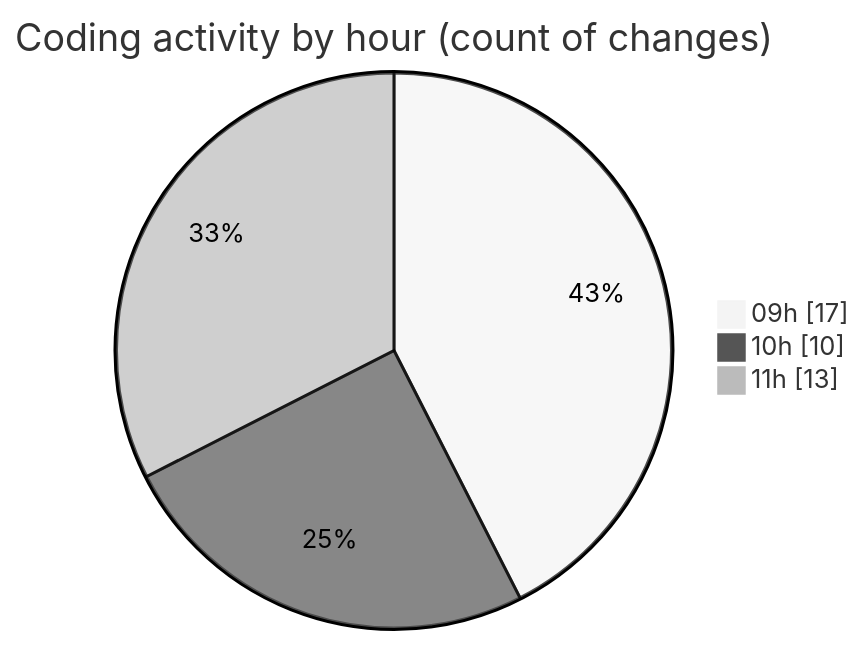
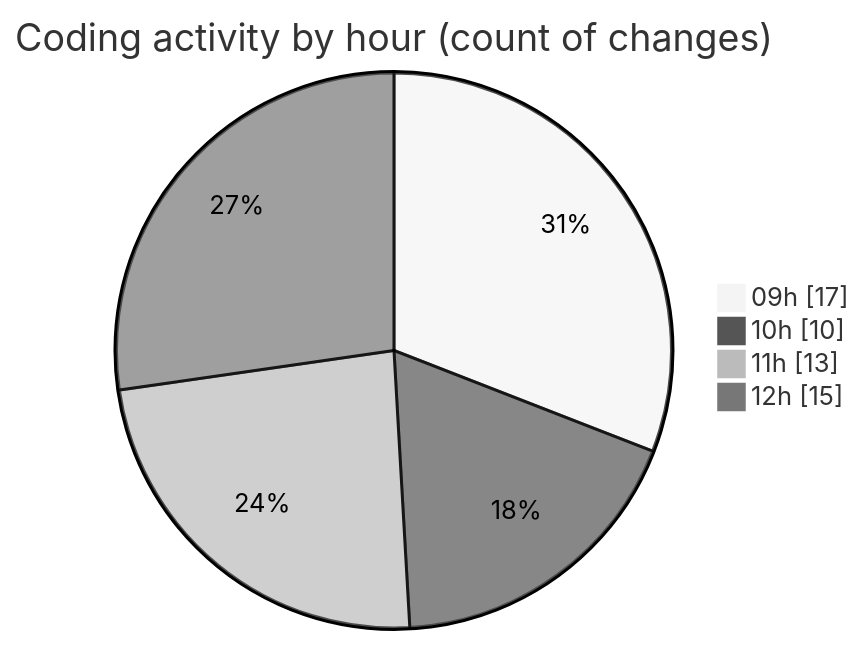
Before and after one commit to momahboobian/code-tracking: the second of 2 diagrams in 2026-06-04/cda/README.md, drawn with Mermaid (neutral theme). The commit also changed other lines of this file and 1 other file, not shown here.

````diff
--- a/2026-06-04/cda/README.md
+++ b/2026-06-04/cda/README.md
@@ -49,7 +50,8 @@
 ```mermaid
 pie showData
 title Coding activity by hour (count of changes)
 "09h" : 17
 "10h" : 10
 "11h" : 13
+"12h" : 15
 ```
````
